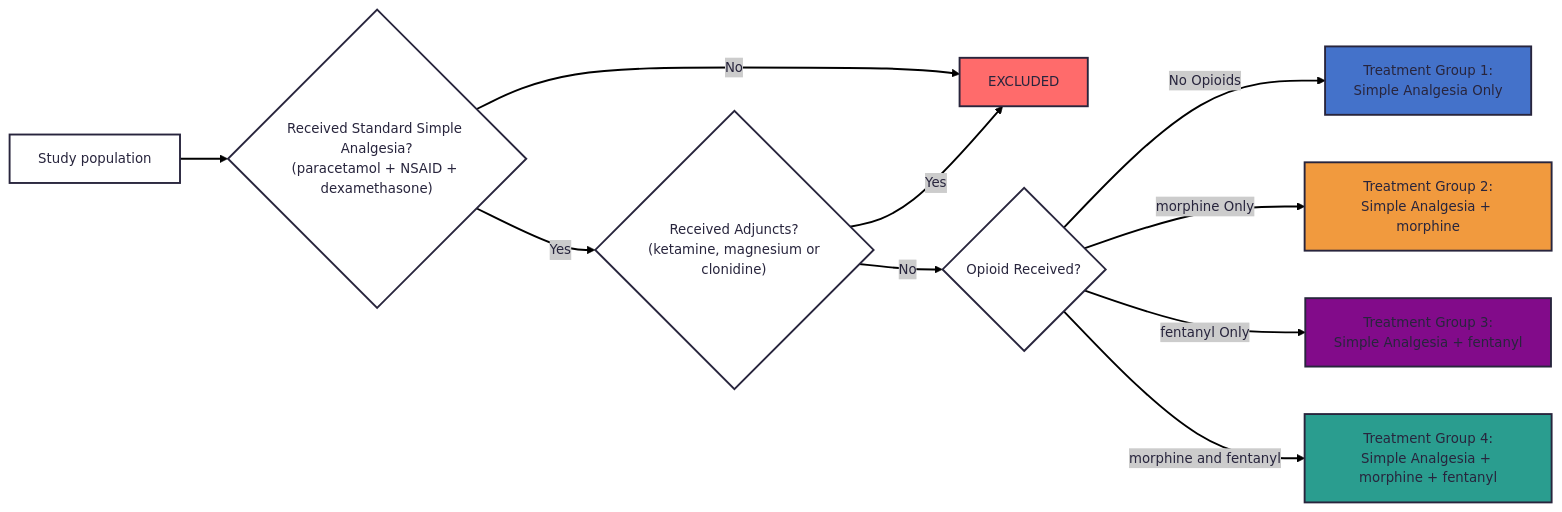
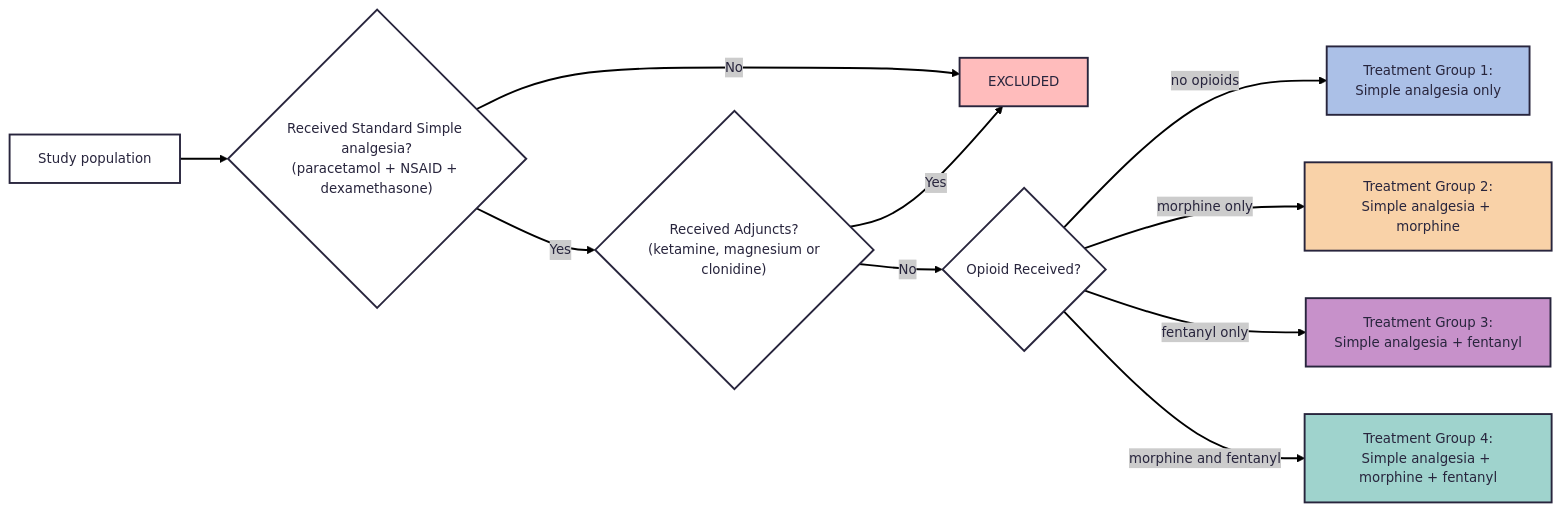
One commit to DW10/tonsillectomy_analgesia changed the diagram in diagrams/fig-mermaid-groups.mmd. Above: the diagram before and after it, drawn with Mermaid. The commit also changed 3 other files, not shown here.

```diff
--- a/diagrams/fig-mermaid-groups.mmd
+++ b/diagrams/fig-mermaid-groups.mmd
@@ -1,30 +1,30 @@
 ---
 config:
   theme: redux
   layout: dagre
 ---
 flowchart LR
 
-A["Study population"] --> B{"Received Standard Simple Analgesia?<br>(paracetamol + NSAID + dexamethasone)"}
+A["Study population"] --> B{"Received Standard Simple analgesia?<br>(paracetamol + NSAID + dexamethasone)"}
 
 B -- No --> C["EXCLUDED"]
 
 B -- Yes --> D{"Received Adjuncts?<br> (ketamine, magnesium or clonidine)"}
 
 D -- Yes --> C
 
 D -- No --> F{"Opioid Received?"}
 
-F -- No Opioids --> G["Treatment Group 1:<br>Simple Analgesia Only"]
+F -- no opioids --> G["Treatment Group 1:<br>Simple analgesia only"]
 
-F -- morphine Only --> H["Treatment Group 2:<br>Simple Analgesia + morphine"]
+F -- morphine only --> H["Treatment Group 2:<br>Simple analgesia + morphine"]
 
-F -- fentanyl Only --> I["Treatment Group 3:<br>Simple Analgesia + fentanyl"]
+F -- fentanyl only --> I["Treatment Group 3:<br>Simple analgesia + fentanyl"]
 
-F -- morphine and fentanyl --> J["Treatment Group 4:<br>Simple Analgesia + morphine + fentanyl"]
+F -- morphine and fentanyl --> J["Treatment Group 4:<br>Simple analgesia + morphine + fentanyl"]
 
-style C fill:#ff6b6b
-style G fill:#4472ca
-style H fill:#f19a3e
-style I fill:#820b8a
-style J fill:#2a9d8f
+style C fill:#ffbcbc
+style G fill:#abc0e7
+style H fill:#f9d2a8
+style I fill:#c791ca
+style J fill:#9fd3cd
```
